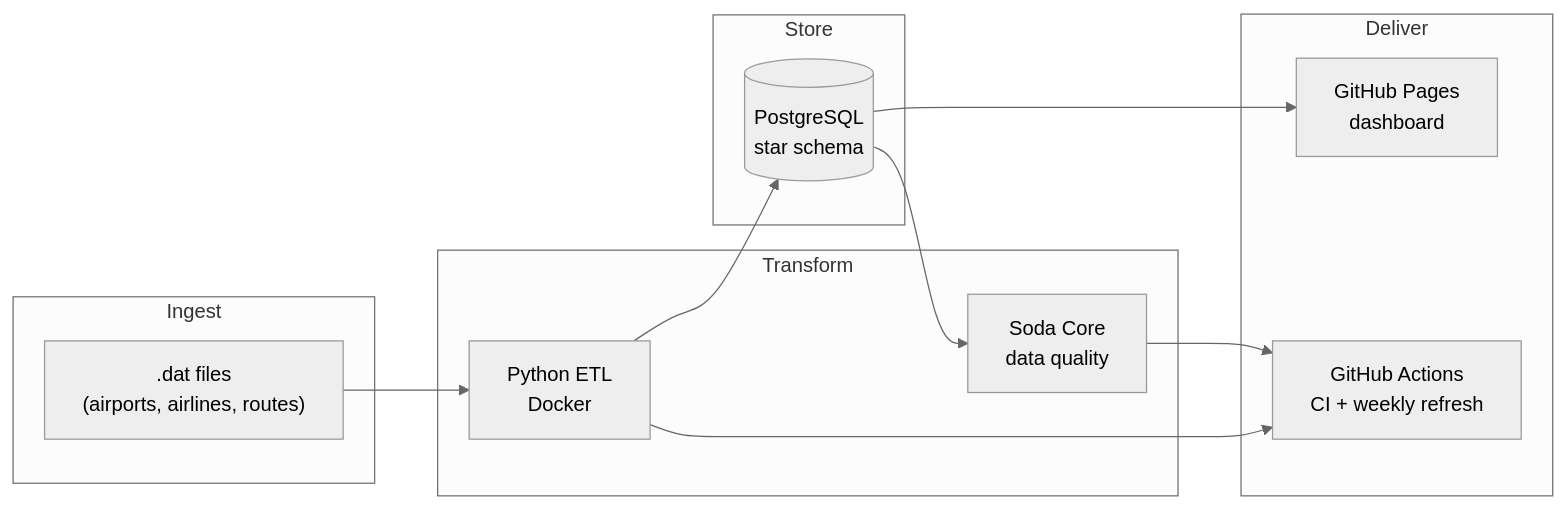
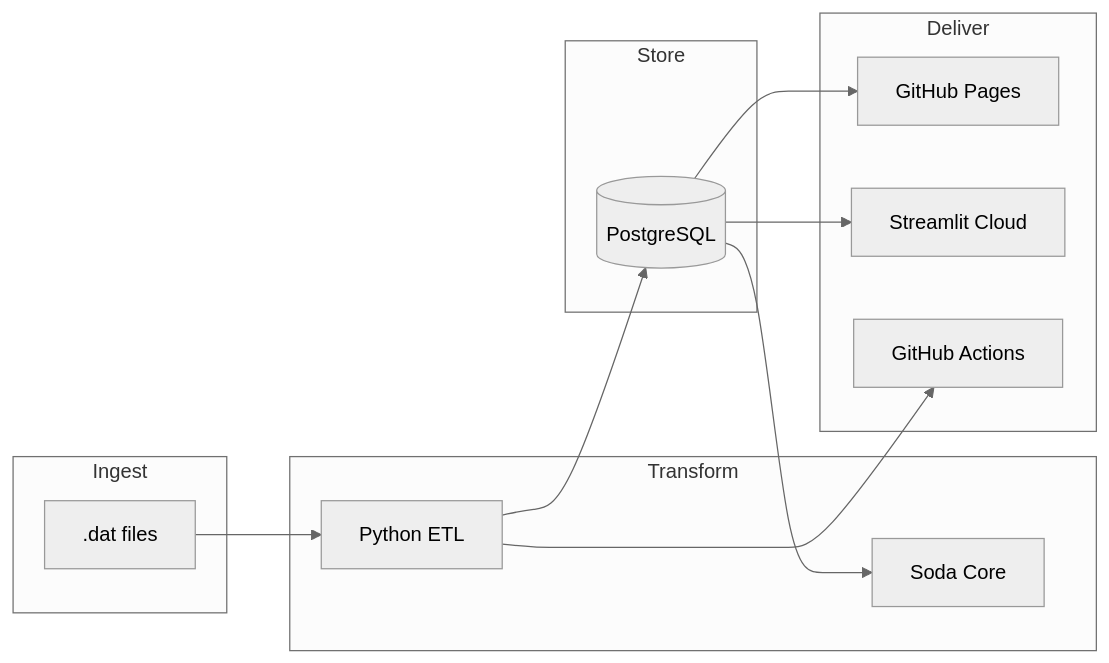
Before and after one commit to gvarun20/openflights-pipeline: the diagram in README.md, drawn with Mermaid (neutral theme). The commit also changed other lines of this file and 6 other files, not shown here.

First line of the commit message:
Polish portfolio and prepare Streamlit Cloud deployment

````diff
--- a/README.md
+++ b/README.md
@@ -17,26 +30,22 @@
 ```mermaid
 flowchart LR
   subgraph ingest [Ingest]
-    DAT[".dat files\n(airports, airlines, routes)"]
+    DAT[".dat files"]
   end
-
   subgraph transform [Transform]
-    ETL["Python ETL\nDocker"]
-    DQ["Soda Core\ndata quality"]
+    ETL["Python ETL"]
+    DQ["Soda Core"]
   end
-
   subgraph store [Store]
-    PG[(PostgreSQL\nstar schema)]
+    PG[(PostgreSQL)]
   end
-
   subgraph deliver [Deliver]
-    DASH["GitHub Pages\ndashboard"]
-    CI["GitHub Actions\nCI + weekly refresh"]
+    PG_DASH["GitHub Pages"]
+    ST["Streamlit Cloud"]
+    CI["GitHub Actions"]
   end
-
-  DAT --> ETL --> PG
-  PG --> DQ
-  PG --> DASH
+  DAT --> ETL --> PG --> DQ
+  PG --> PG_DASH
+  PG --> ST
   ETL --> CI
-  DQ --> CI
 ```
````
